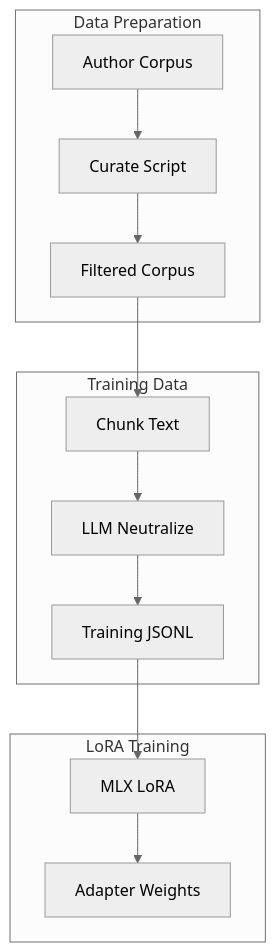
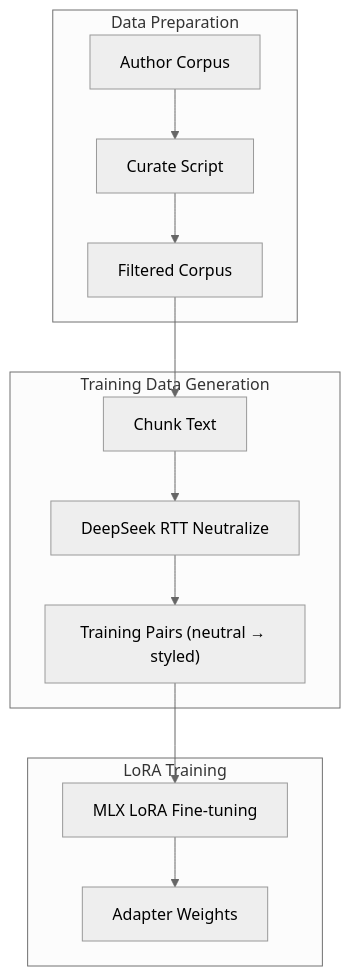
The third of 5 diagrams in README.md (yogthos/revenant), drawn with Mermaid (neutral theme) before and after one commit. The commit also changed other lines of this file and 1 other file, not shown here.

Commit message:
add architecture doc

````diff
--- a/README.md
+++ b/README.md
@@ -282,27 +311,27 @@
 ```mermaid
 flowchart TD
     subgraph "Data Preparation"
         A[Author Corpus]
         B[Curate Script]
         C[Filtered Corpus]
     end
 
-    subgraph "Training Data"
+    subgraph "Training Data Generation"
         D[Chunk Text]
-        E[LLM Neutralize]
-        F[Training JSONL]
+        E[DeepSeek RTT Neutralize]
+        F["Training Pairs (neutral → styled)"]
     end
 
     subgraph "LoRA Training"
-        G[MLX LoRA]
+        G[MLX LoRA Fine-tuning]
         H[Adapter Weights]
     end
 
     A --> B
     B --> C
     C --> D
     D --> E
     E --> F
     F --> G
     G --> H
 ```
````
